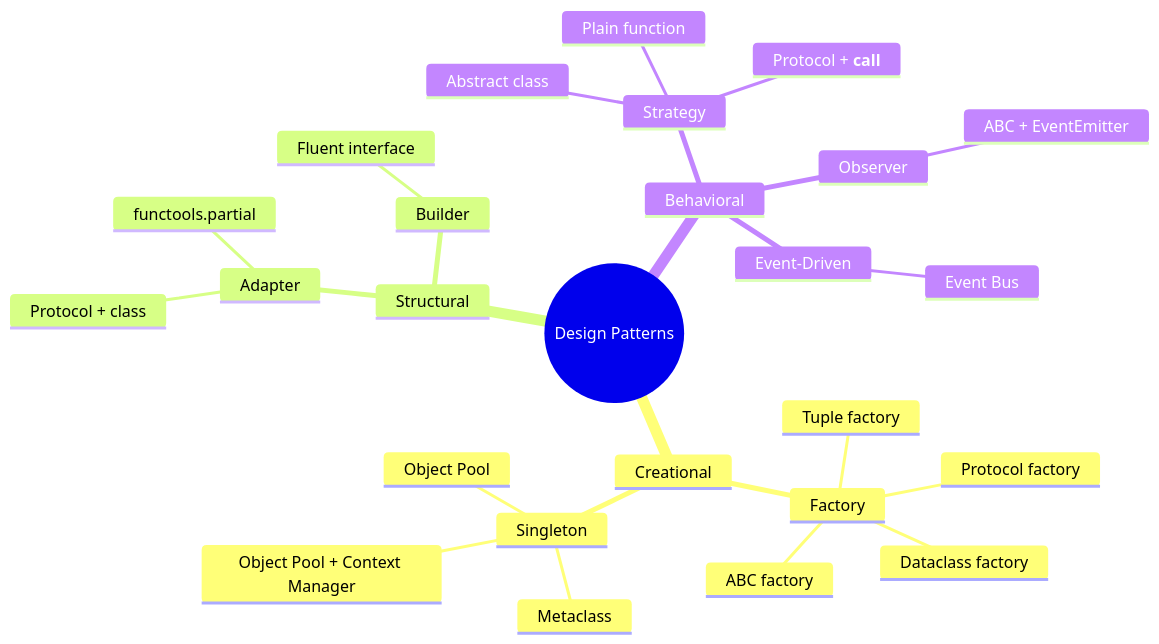
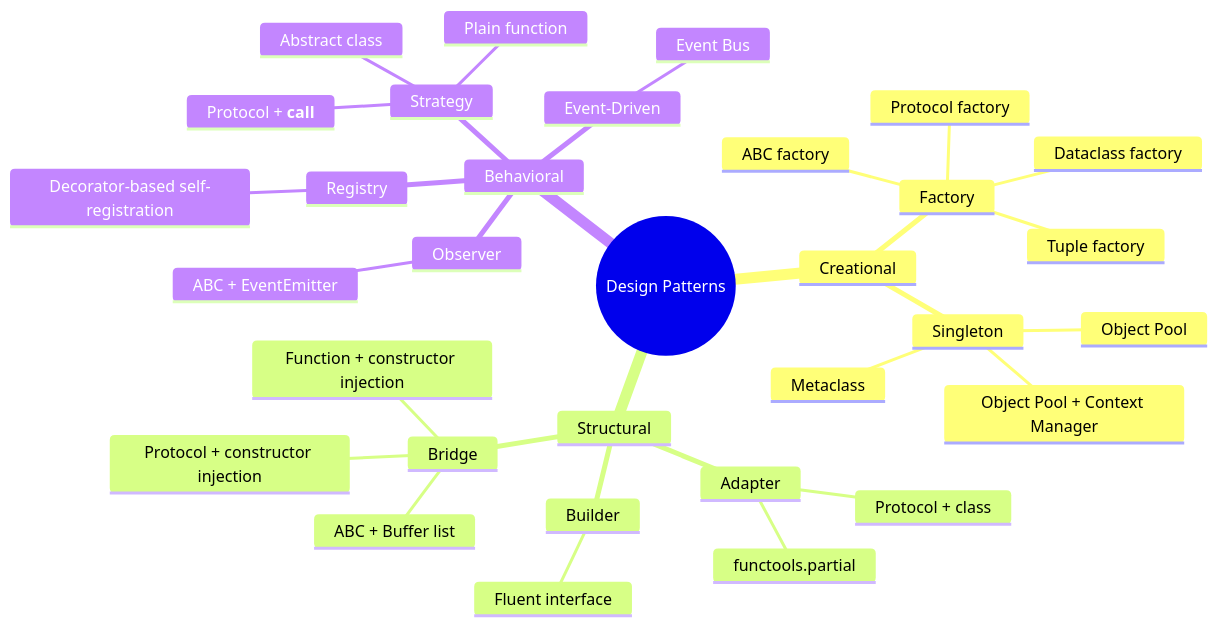
The diagram in README.md (ka-us-tubh/design-pattern), drawn with Mermaid before and after one commit. The commit also changed other lines of this file and 6 other files, not shown here.

````diff
--- a/README.md
+++ b/README.md
@@ -65,29 +73,35 @@
 ```mermaid
 mindmap
   root((Design Patterns))
     Creational
       Factory
         ABC factory
         Protocol factory
         Dataclass factory
         Tuple factory
       Singleton
         Metaclass
         Object Pool
         Object Pool + Context Manager
     Structural
       Adapter
         Protocol + class
         functools.partial
+      Bridge
+        ABC + Buffer list
+        Protocol + constructor injection
+        Function + constructor injection
       Builder
         Fluent interface
     Behavioral
       Strategy
         Abstract class
         Protocol + __call__
         Plain function
       Observer
         ABC + EventEmitter
+      Registry
+        Decorator-based self-registration
       Event-Driven
         Event Bus
 ```
````
